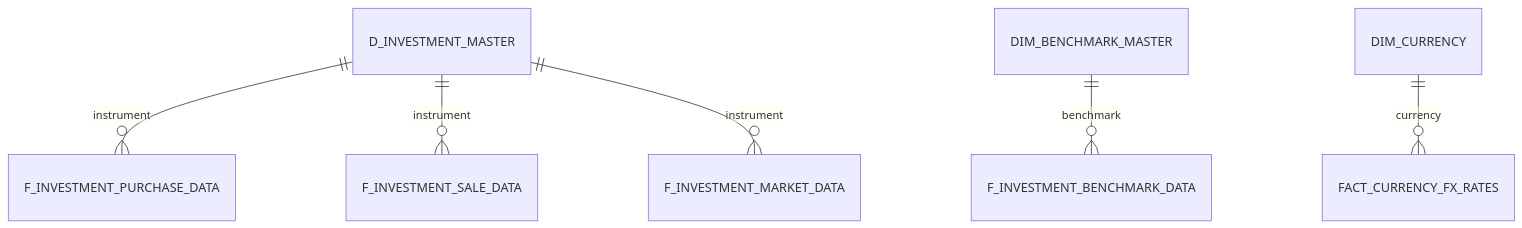
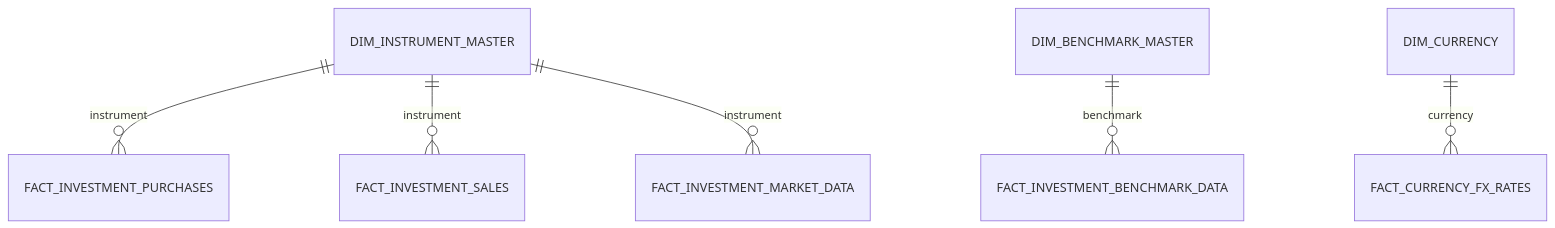
Before and after one commit to tks18/personal-finance-etl: the fifth of 9 diagrams in docs/architecture/data-model.md, drawn with Mermaid. The commit also changed other lines of this file and 2 other files, not shown here.

Commit message:
docs(warehouse): update silver contracts and architecture

````diff
--- a/docs/architecture/data-model.md
+++ b/docs/architecture/data-model.md
@@ -128,8 +128,8 @@
 ```mermaid
 erDiagram
-    D_INVESTMENT_MASTER ||--o{ F_INVESTMENT_PURCHASE_DATA : instrument
-    D_INVESTMENT_MASTER ||--o{ F_INVESTMENT_SALE_DATA : instrument
-    D_INVESTMENT_MASTER ||--o{ F_INVESTMENT_MARKET_DATA : instrument
-    DIM_BENCHMARK_MASTER ||--o{ F_INVESTMENT_BENCHMARK_DATA : benchmark
+    DIM_INSTRUMENT_MASTER ||--o{ FACT_INVESTMENT_PURCHASES : instrument
+    DIM_INSTRUMENT_MASTER ||--o{ FACT_INVESTMENT_SALES : instrument
+    DIM_INSTRUMENT_MASTER ||--o{ FACT_INVESTMENT_MARKET_DATA : instrument
+    DIM_BENCHMARK_MASTER ||--o{ FACT_INVESTMENT_BENCHMARK_DATA : benchmark
     DIM_CURRENCY ||--o{ FACT_CURRENCY_FX_RATES : currency
 ```
````
